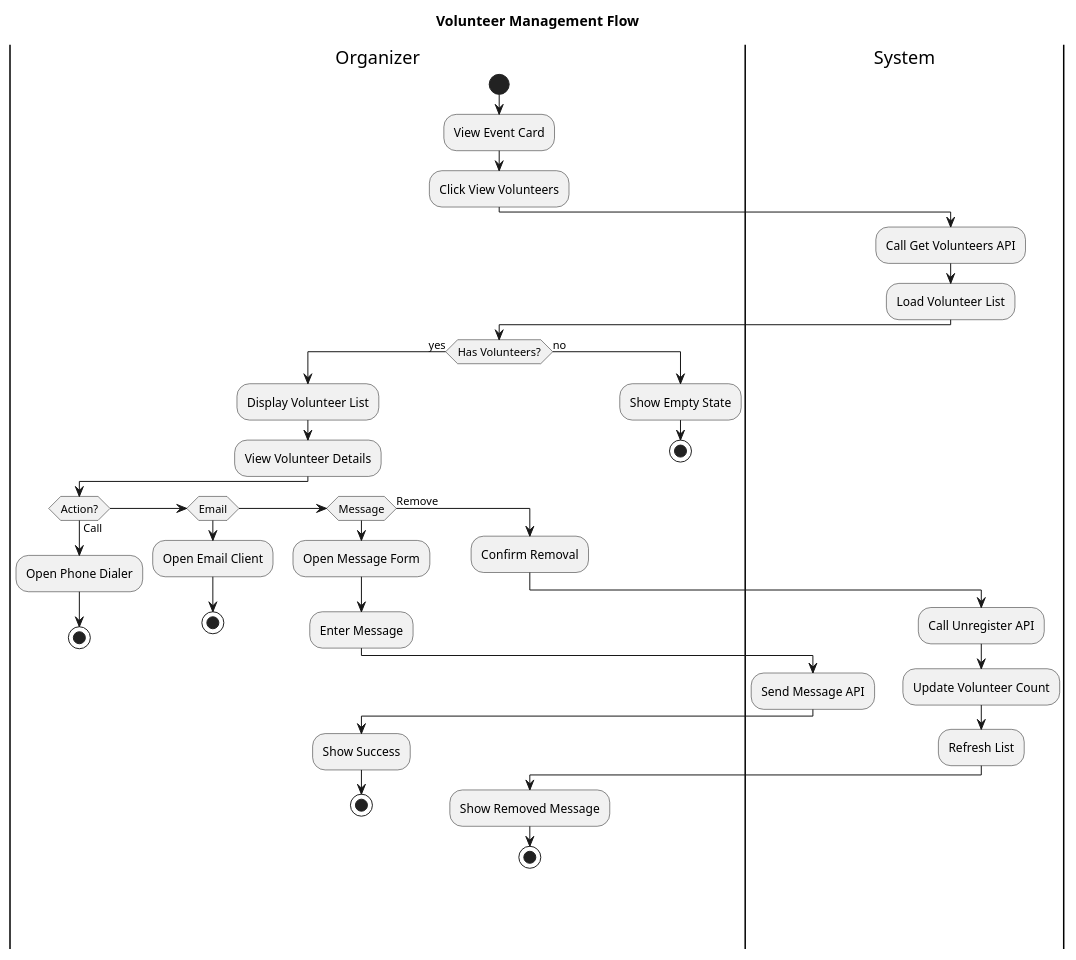
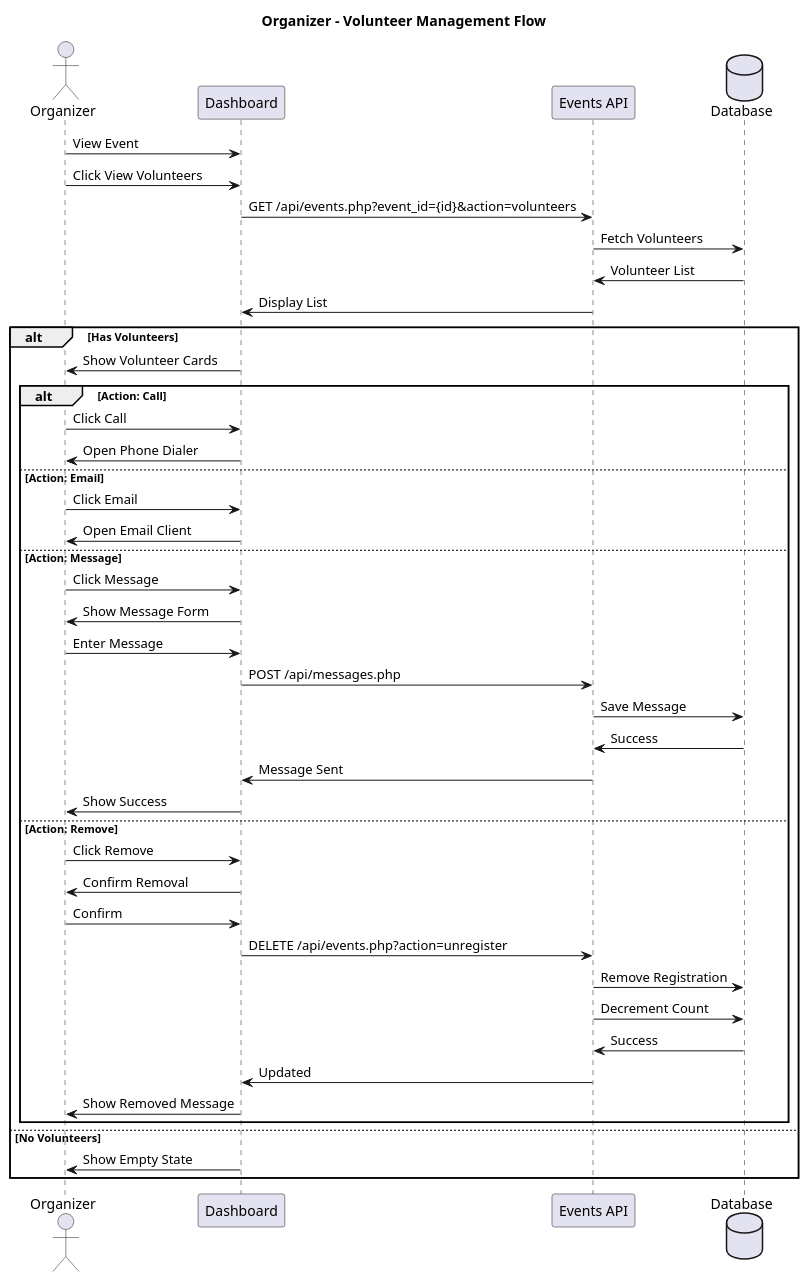
The fourth of 8 diagrams in flow_diagrams.puml (Llego-250/volunteerHub), drawn with PlantUML before and after one commit. The commit also changed other lines of this file, not shown here.

Commit message:
flow diagram

```diff
--- a/flow_diagrams.puml
+++ b/flow_diagrams.puml
@@ -261,47 +121,49 @@
-@startuml VolunteerManagementFlow
-title Volunteer Management Flow
+@startuml
+title Organizer - Volunteer Management Flow
 
-|Organizer|
-start
-:View Event Card;
-:Click View Volunteers;
+actor Organizer
+participant "Dashboard" as OD
+participant "Events API" as API
+database "Database" as DB
 
-|System|
-:Call Get Volunteers API;
-:Load Volunteer List;
+Organizer -> OD: View Event
+Organizer -> OD: Click View Volunteers
+OD -> API: GET /api/events.php?event_id={id}&action=volunteers
+API -> DB: Fetch Volunteers
+DB -> API: Volunteer List
+API -> OD: Display List
 
-|Organizer|
-if (Has Volunteers?) then (yes)
-  :Display Volunteer List;
-  :View Volunteer Details;
-  
-  if (Action?) then (Call)
-    :Open Phone Dialer;
-    stop
-  elseif (Email) then
-    :Open Email Client;
-    stop
-  elseif (Message) then
-    :Open Message Form;
-    :Enter Message;
-    |System|
-    :Send Message API;
-    |Organizer|
-    :Show Success;
-    stop
-  else (Remove)
-    :Confirm Removal;
-    |System|
-    :Call Unregister API;
-    :Update Volunteer Count;
-    :Refresh List;
-    |Organizer|
-    :Show Removed Message;
-    stop
-  endif
-else (no)
-  :Show Empty State;
-  stop
-endif
+alt Has Volunteers
+    OD -> Organizer: Show Volunteer Cards
+    
+    alt Action: Call
+        Organizer -> OD: Click Call
+        OD -> Organizer: Open Phone Dialer
+    else Action: Email
+        Organizer -> OD: Click Email
+        OD -> Organizer: Open Email Client
+    else Action: Message
+        Organizer -> OD: Click Message
+        OD -> Organizer: Show Message Form
+        Organizer -> OD: Enter Message
+        OD -> API: POST /api/messages.php
+        API -> DB: Save Message
+        DB -> API: Success
+        API -> OD: Message Sent
+        OD -> Organizer: Show Success
+    else Action: Remove
+        Organizer -> OD: Click Remove
+        OD -> Organizer: Confirm Removal
+        Organizer -> OD: Confirm
+        OD -> API: DELETE /api/events.php?action=unregister
+        API -> DB: Remove Registration
+        API -> DB: Decrement Count
+        DB -> API: Success
+        API -> OD: Updated
+        OD -> Organizer: Show Removed Message
+    end
+else No Volunteers
+    OD -> Organizer: Show Empty State
+end
 
 @enduml
```
